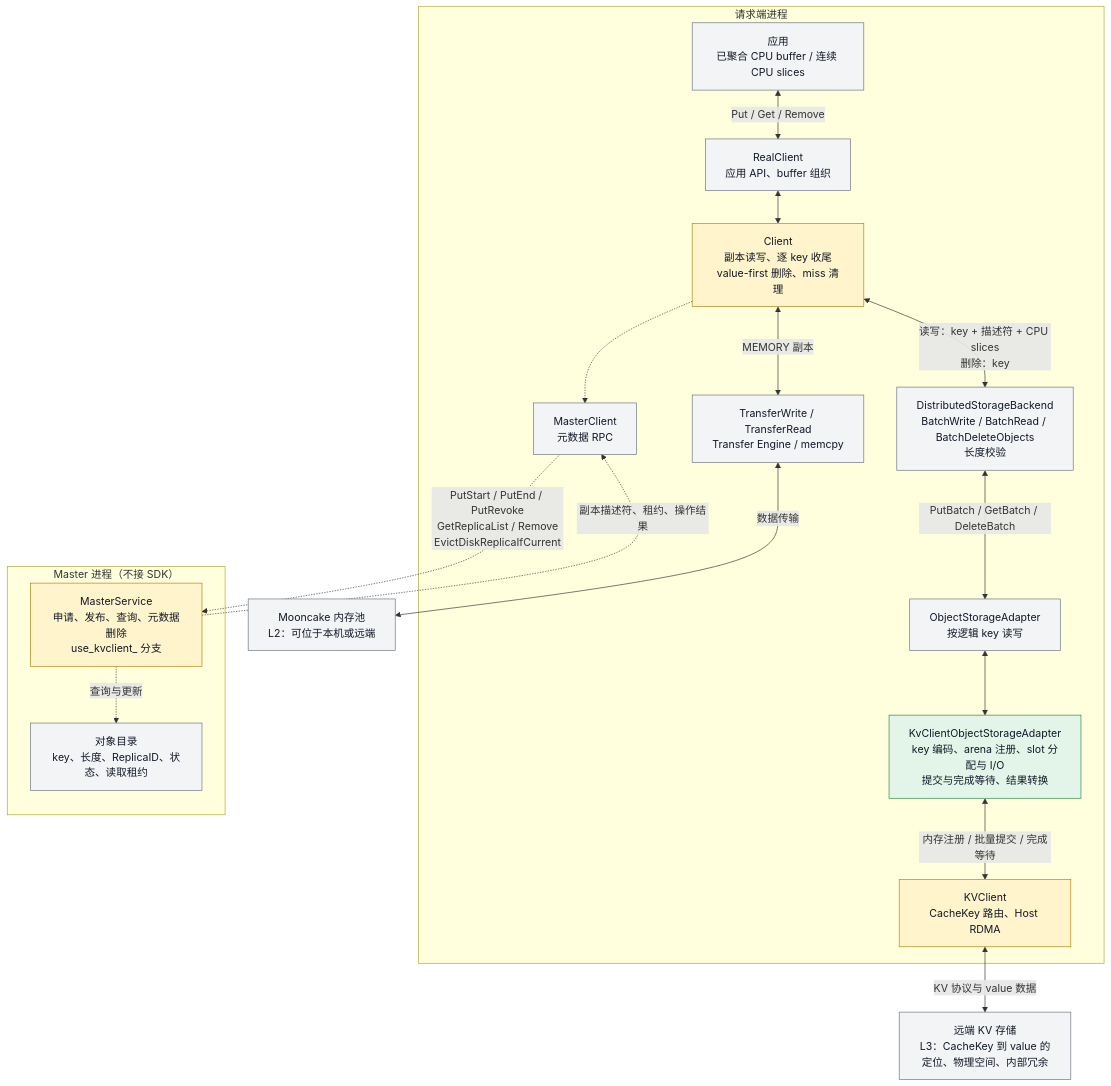
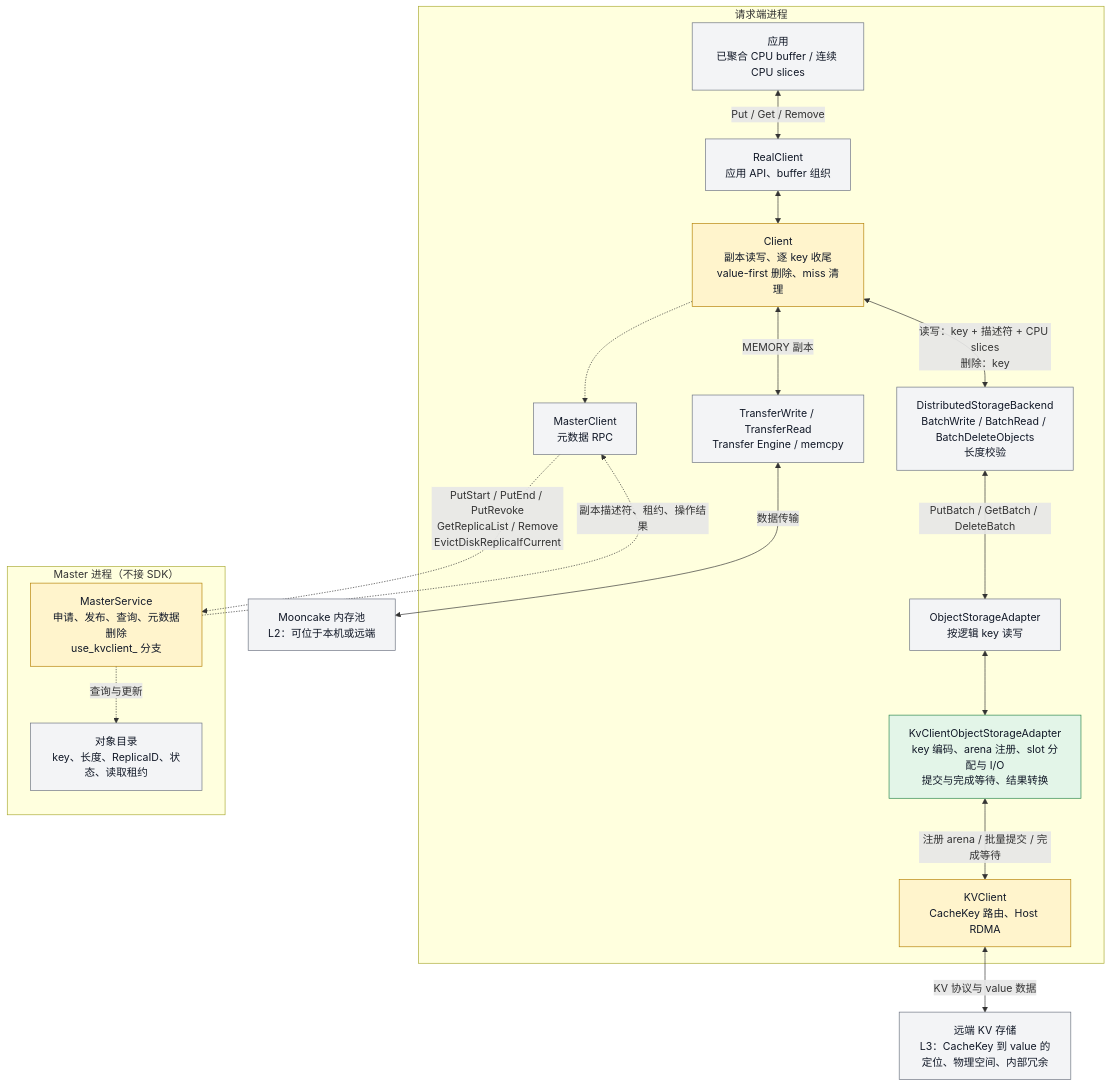
Before and after one commit to zwj20000328-dotcom/Mooncake-documents: the first of 13 diagrams in Mooncake + KVClient L3 接入（Kvcs）- v3.md, drawn with Mermaid. The commit also changed other lines of this file, not shown here.

First line of the commit message:
docs: renumber SFMEA/tests to one ID per row and fix diagram wording

````diff
--- a/Mooncake + KVClient L3 接入（Kvcs）- v3.md
+++ b/Mooncake + KVClient L3 接入（Kvcs）- v3.md
@@ -68,45 +68,45 @@
 ```mermaid
 flowchart TB
     subgraph Request["请求端进程"]
         A["应用<br/>已聚合 CPU buffer / 连续 CPU slices"]
         R["RealClient<br/>应用 API、buffer 组织"]
         C["Client<br/>副本读写、逐 key 收尾<br/>value-first 删除、miss 清理"]
         RPC["MasterClient<br/>元数据 RPC"]
         TE["TransferWrite / TransferRead<br/>Transfer Engine / memcpy"]
         B["DistributedStorageBackend<br/>BatchWrite / BatchRead / BatchDeleteObjects<br/>长度校验"]
         O["ObjectStorageAdapter<br/>按逻辑 key 读写"]
         K["KvClientObjectStorageAdapter<br/>key 编码、arena 注册、slot 分配与 I/O<br/>提交与完成等待、结果转换"]
         SDK["KVClient<br/>CacheKey 路由、Host RDMA"]
 
         A <-->|"Put / Get / Remove"| R
         R <--> C
         C -.-> RPC
         C <-->|"MEMORY 副本"| TE
         C <-->|"读写：key + 描述符 + CPU slices<br/>删除：key"| B
         B <-->|"PutBatch / GetBatch / DeleteBatch"| O
         O <--> K
-        K <-->|"内存注册 / 批量提交 / 完成等待"| SDK
+        K <-->|"注册 arena / 批量提交 / 完成等待"| SDK
     end
 
     subgraph Master["Master 进程（不接 SDK）"]
         M["MasterService<br/>申请、发布、查询、元数据删除<br/>use_kvclient_ 分支"]
         META["对象目录<br/>key、长度、ReplicaID、状态、读取租约"]
 
         M -.->|"查询与更新"| META
     end
 
     RAM["Mooncake 内存池<br/>L2：可位于本机或远端"]
     S["远端 KV 存储<br/>L3：CacheKey 到 value 的定位、物理空间、内部冗余"]
 
     RPC -.->|"PutStart / PutEnd / PutRevoke<br/>GetReplicaList / Remove<br/>EvictDiskReplicaIfCurrent"| M
     M -.->|"副本描述符、租约、操作结果"| RPC
     TE <-->|"数据传输"| RAM
     SDK <-->|"KV 协议与 value 数据"| S
 
     classDef existing fill:#f3f4f6,stroke:#6b7280,color:#111827;
     classDef changed fill:#fff4cc,stroke:#b58105,color:#111827;
     classDef added fill:#e3f5e8,stroke:#28864b,color:#111827;
     class A,R,RPC,TE,B,O,META,RAM,S existing;
     class C,SDK,M changed;
     class K added;
 ```
````
